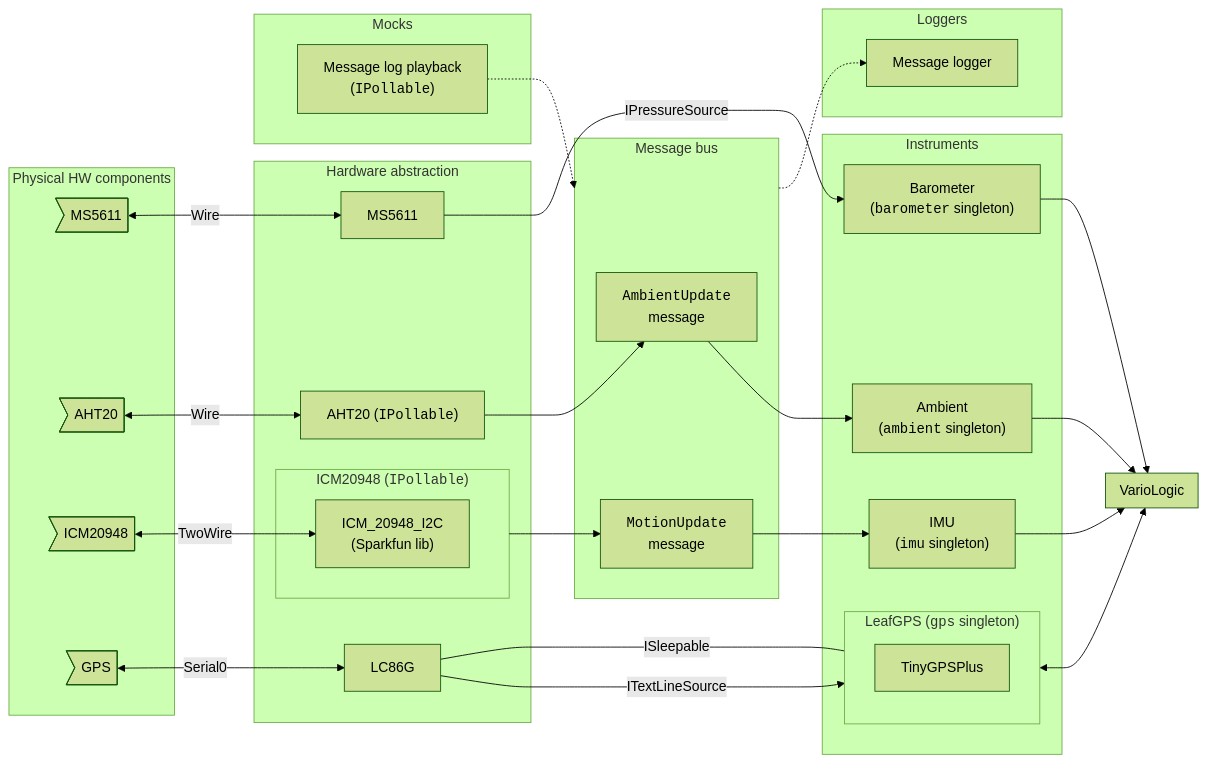
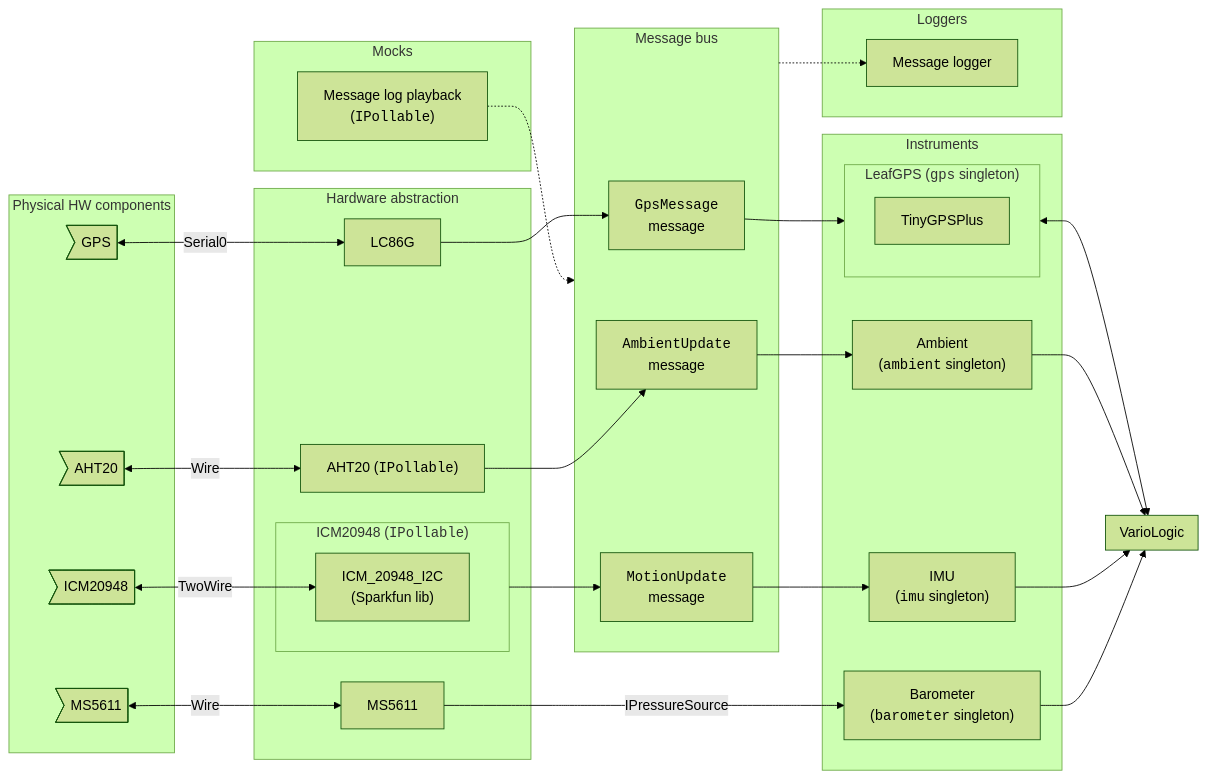
The diagram in src/vario/README.md (DangerMonkeys/leaf), drawn with Mermaid (forest theme) before and after one commit. The commit also changed 11 other files, not shown here.

Commit message:
Transmit GPS text via message bus

````diff
--- a/src/vario/README.md
+++ b/src/vario/README.md
@@ -47,58 +47,58 @@
 ```mermaid
 flowchart LR
     subgraph Physical HW components
         MS5611dev>MS5611]
         AHT20dev>AHT20]
         ICM20948dev>ICM20948]
         GPSdev>GPS]
     end
 
     subgraph Hardware abstraction
         AHT20hw["AHT20 (<code>IPollable</code>)"]
         MS5611["MS5611"]
         subgraph ICM20948["ICM20948 (<code>IPollable</code>)"]
             ICM_20948_I2C
         end
         LC86G
     end
 
     subgraph Mocks
         MessagePlayback["Message log playback<br>(<code>IPollable</code>)"]
     end
 
     subgraph Instruments
         Ambient["Ambient<br>(<code>ambient</code> singleton)"]
         Barometer["Barometer<br>(<code>barometer</code> singleton)"]
         IMU["IMU<br>(<code>imu</code> singleton)"]
         subgraph LeafGPS["LeafGPS (<code>gps</code> singleton)"]
             TinyGPSPlus
         end
     end
 
     subgraph Loggers
         MessageLogger["Message logger"]
     end
 
     subgraph MessageBus["Message bus"]
         AmbientUpdateMessage["<code>AmbientUpdate</code><br>message"]
         MotionUpdateMessage["<code>MotionUpdate</code><br>message"]
+        GpsMessage["<code>GpsMessage</code><br>message"]
     end
 
     subgraph VarioLogic
     end
 
     MS5611dev <-->|Wire| MS5611 -->|IPressureSource| Barometer
     AHT20dev <-->|Wire| AHT20hw --> AmbientUpdateMessage --> Ambient
-    GPSdev <-->|Serial0| LC86G -->|ITextLineSource| LeafGPS
-    LC86G ---|ISleepable| LeafGPS
+    GPSdev <-->|Serial0| LC86G --> GpsMessage --> LeafGPS
 
     MessagePlayback -.-> MessageBus -.-> MessageLogger
 
     ICM20948dev <-->|TwoWire| ICM_20948_I2C["ICM_20948_I2C<br>(Sparkfun lib)"]
     ICM20948 --> MotionUpdateMessage --> IMU
 
     Barometer --> VarioLogic
     IMU --> VarioLogic
     Ambient --> VarioLogic
     LeafGPS <--> VarioLogic
 ```
````
